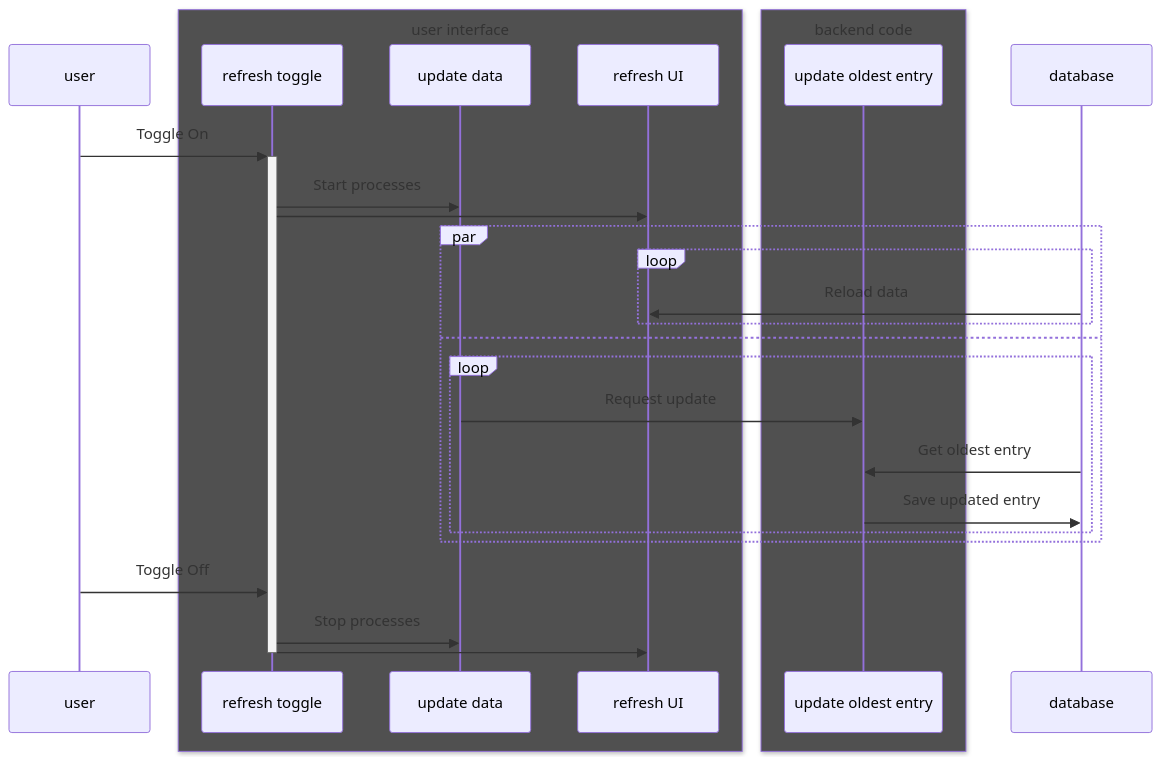
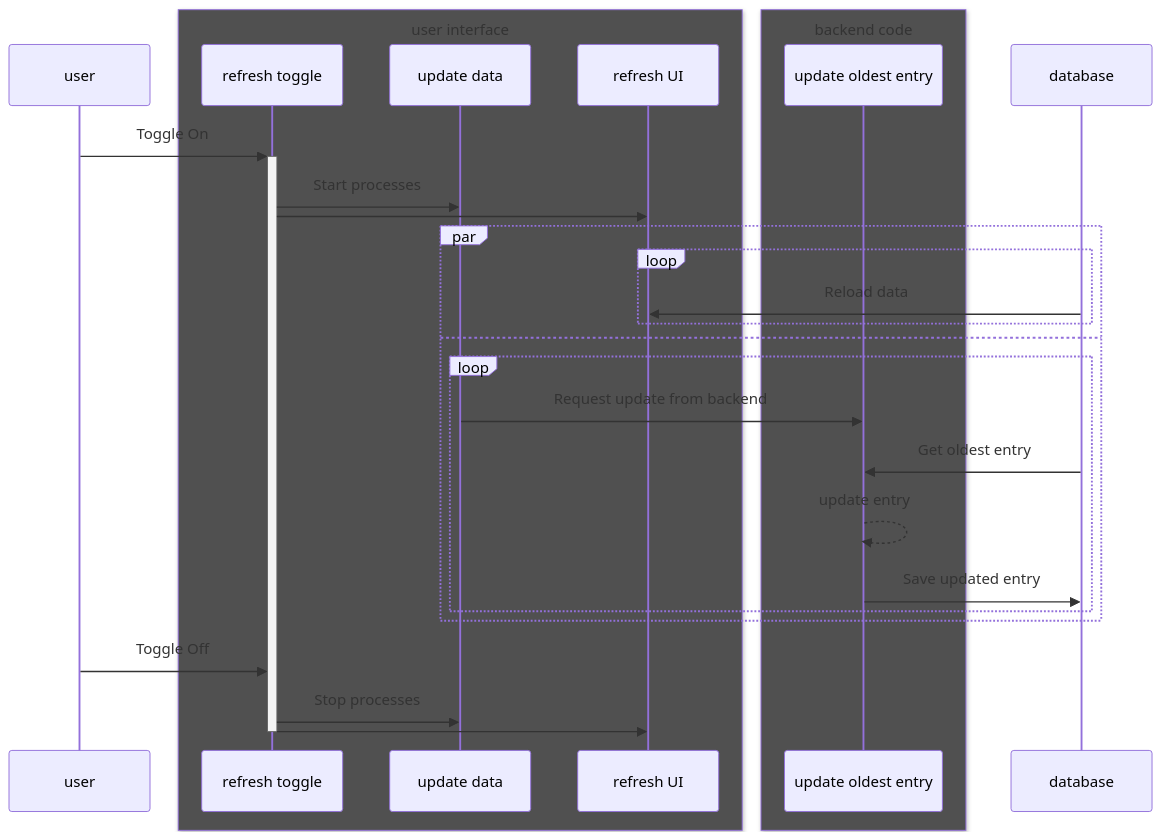
Before and after one commit to DixieSquad/weary-traveler: the third of 3 diagrams in documentation/software-design-document.md, drawn with Mermaid.

Commit message:
Clarify high level sequence diagram

````diff
--- a/documentation/software-design-document.md
+++ b/documentation/software-design-document.md
@@ -45,33 +45,34 @@
 ``` mermaid
 sequenceDiagram
 
 user ->>+ refresh toggle: Toggle On
 
 box rgb(80,80,80) user interface 
 participant refresh toggle
 participant update data
 participant refresh UI
 end
 
 box rgb(80,80,80) backend code 
 participant update oldest entry
 end
 
 refresh toggle ->> update data: Start processes
 refresh toggle ->> refresh UI: 
 par
     loop
         database ->> refresh UI: Reload data
     end
 and
     loop
-        update data ->> update oldest entry: Request update
+        update data ->> update oldest entry: Request update from backend
         database ->> update oldest entry: Get oldest entry
+        update oldest entry -->> update oldest entry: update entry
         update oldest entry ->> database: Save updated entry
     end
 end
 
 user ->> refresh toggle: Toggle Off
 refresh toggle ->> update data: Stop processes
 refresh toggle ->>- refresh UI: 
 ```
````
